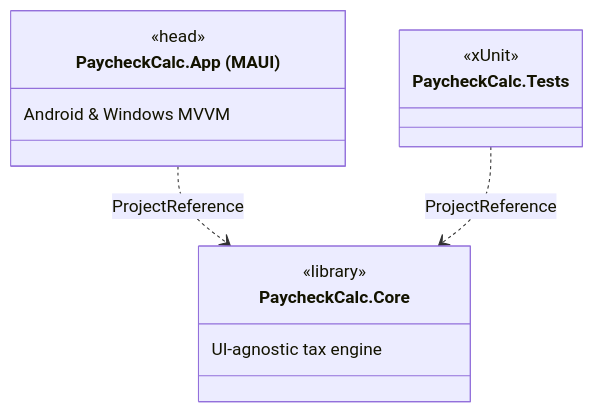
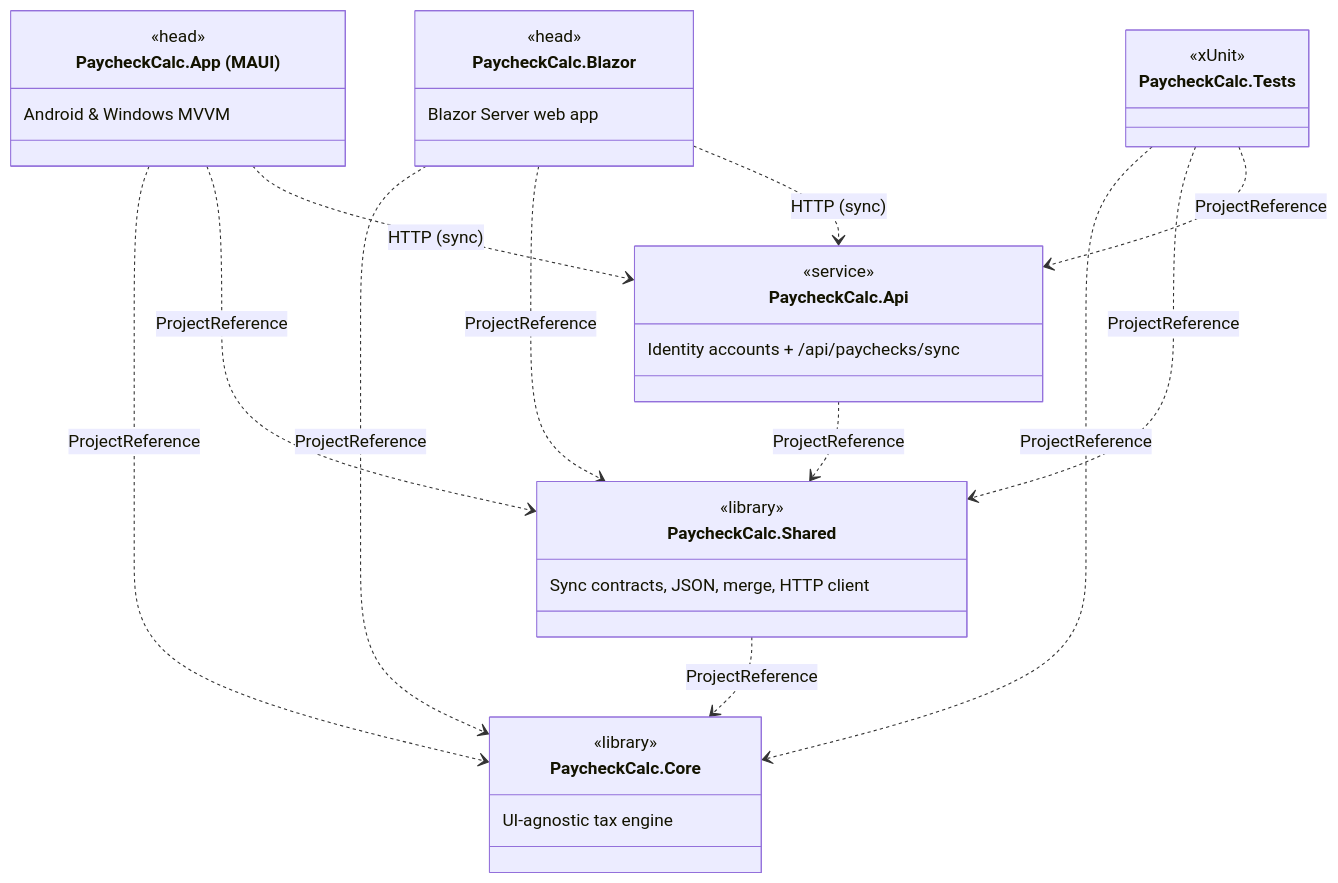
The first of 3 diagrams in docs/class-diagram.md (Fibonacci-0112/PaycheckCalculator), drawn with Mermaid before and after one commit. The commit also changed 4 other files, not shown here.

First line of the commit message:
Docs: document accounts + paycheck sync

````diff
--- a/docs/class-diagram.md
+++ b/docs/class-diagram.md
@@ -13,19 +13,40 @@
 ```mermaid
 classDiagram
     direction TB
 
     class Core["PaycheckCalc.Core"] {
         <<library>>
         UI-agnostic tax engine
     }
+    class Shared["PaycheckCalc.Shared"] {
+        <<library>>
+        Sync contracts, JSON, merge, HTTP client
+    }
     class App["PaycheckCalc.App (MAUI)"] {
         <<head>>
         Android & Windows MVVM
+    }
+    class Blazor["PaycheckCalc.Blazor"] {
+        <<head>>
+        Blazor Server web app
+    }
+    class Api["PaycheckCalc.Api"] {
+        <<service>>
+        Identity accounts + /api/paychecks/sync
     }
     class Tests["PaycheckCalc.Tests"] {
         <<xUnit>>
     }
 
+    Shared ..> Core : ProjectReference
     App ..> Core : ProjectReference
+    App ..> Shared : ProjectReference
+    Blazor ..> Core : ProjectReference
+    Blazor ..> Shared : ProjectReference
+    Api ..> Shared : ProjectReference
     Tests ..> Core : ProjectReference
+    Tests ..> Shared : ProjectReference
+    Tests ..> Api : ProjectReference
+    App ..> Api : HTTP (sync)
+    Blazor ..> Api : HTTP (sync)
 ```
````
